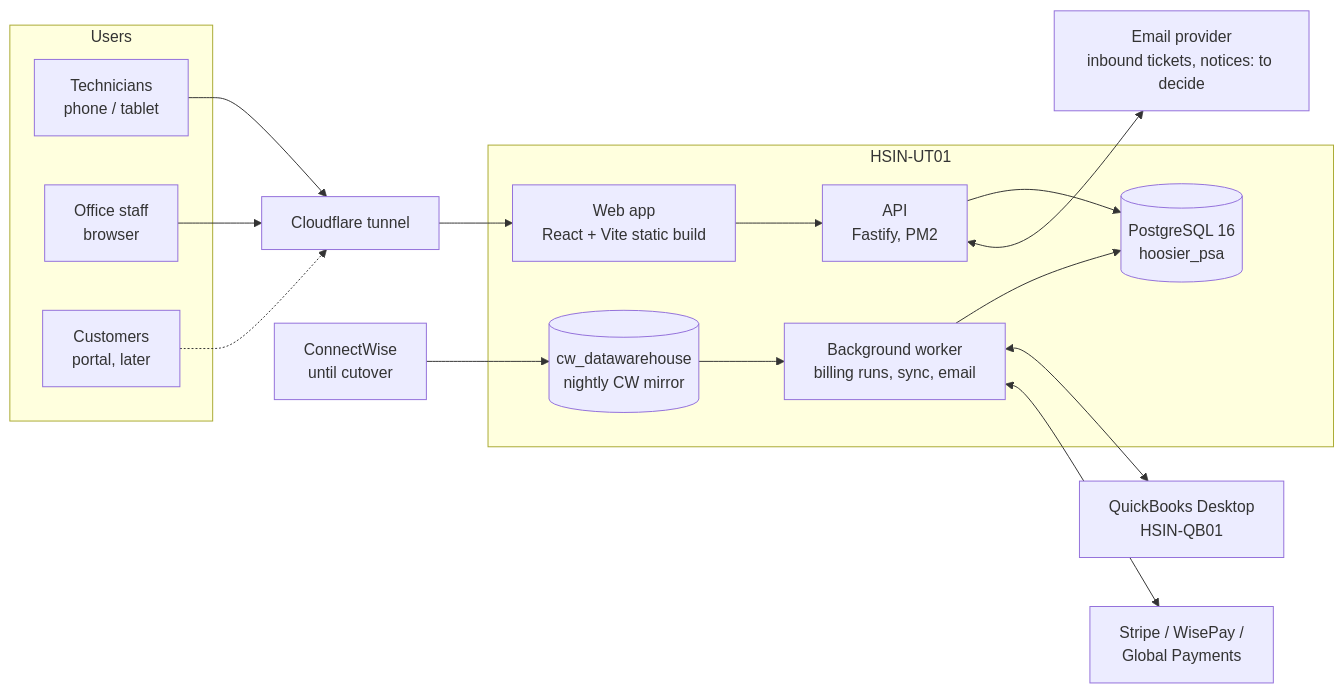
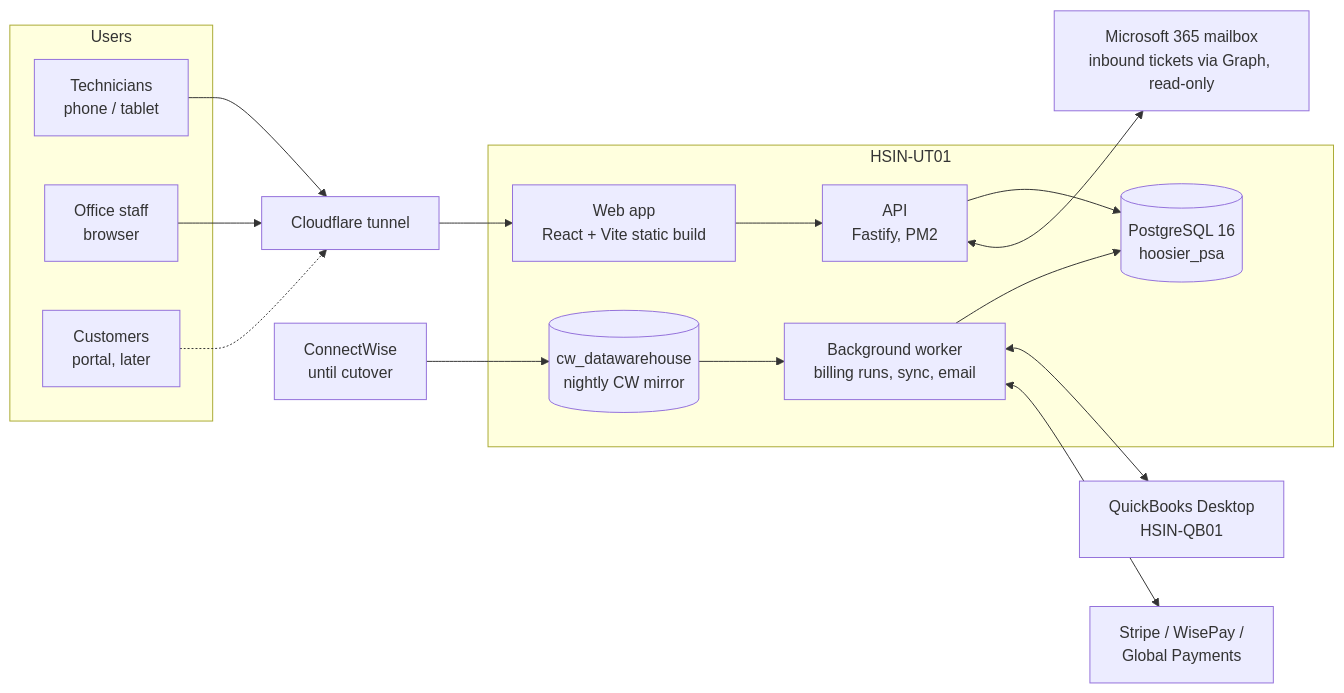
One commit to jake-s-Hoosier/hoosier-psa changed the diagram in docs/02-architecture.md. Above: the diagram before and after it, drawn with Mermaid. The commit also changed 28 other files, not shown here.

First line of the commit message:
Add inbound email-to-ticket via Microsoft 365 (Graph, read-only, polled)

````diff
--- a/docs/02-architecture.md
+++ b/docs/02-architecture.md
@@ -5,30 +5,30 @@
 ```mermaid
 flowchart LR
   subgraph Users
     T[Technicians<br/>phone / tablet]
     O[Office staff<br/>browser]
     C[Customers<br/>portal, later]
   end
   subgraph HSIN-UT01
     W[Web app<br/>React + Vite static build]
     A[API<br/>Fastify, PM2]
     J[Background worker<br/>billing runs, sync, email]
     DB[(PostgreSQL 16<br/>hoosier_psa)]
     MIR[(cw_datawarehouse<br/>nightly CW mirror)]
   end
   CF[Cloudflare tunnel]
   QB[QuickBooks Desktop<br/>HSIN-QB01]
-  MAIL[Email provider<br/>inbound tickets, notices: to decide]
+  MAIL[Microsoft 365 mailbox<br/>inbound tickets via Graph, read-only]
   PAY[Stripe / WisePay /<br/>Global Payments]
   CW[ConnectWise<br/>until cutover]
 
   T --> CF --> W
   O --> CF
   C -.-> CF
   W --> A --> DB
   J --> DB
   A <--> MAIL
   J <--> QB
   J <--> PAY
   CW --> MIR --> J
 ```
````
